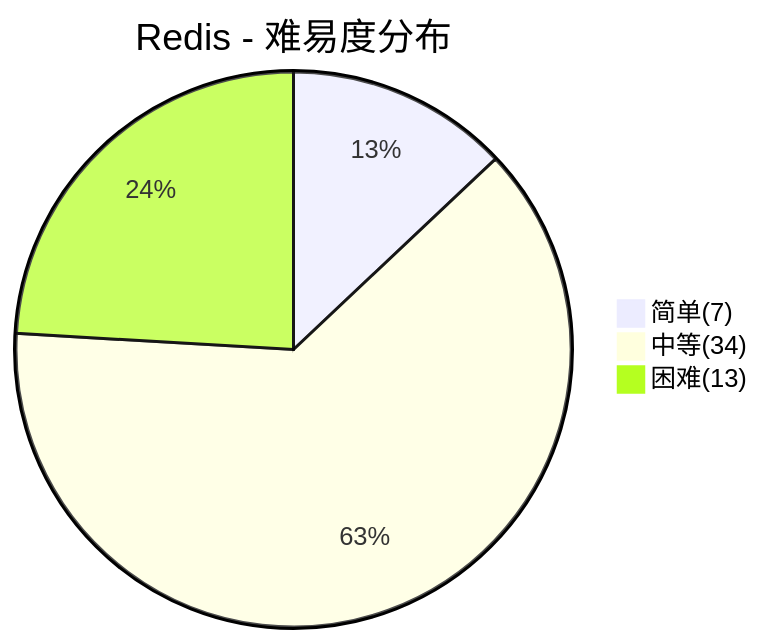
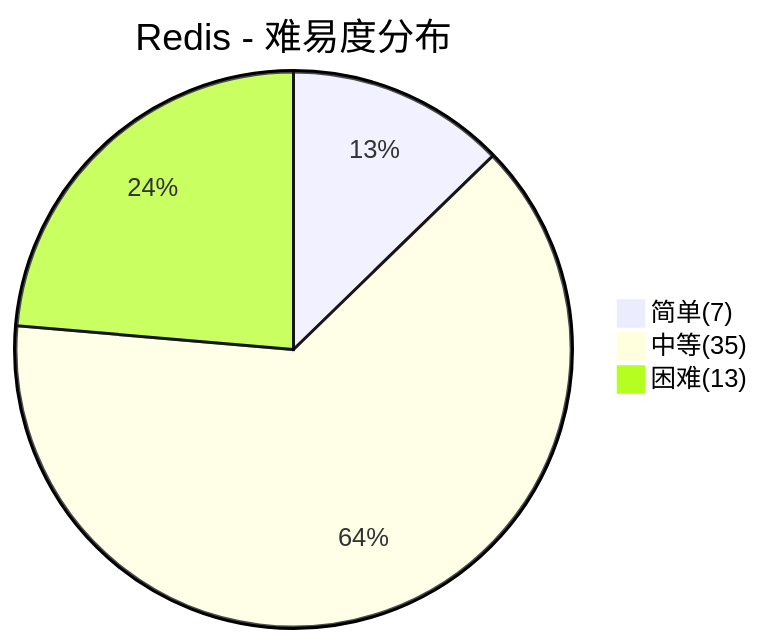
Before and after one commit to dunwu/waterdrop: the second of 6 diagrams in docs/99.面试/数据库面试.md, drawn with Mermaid. The commit also changed other lines of this file and 73 other files, not shown here.

````diff
--- a/docs/99.面试/数据库面试.md
+++ b/docs/99.面试/数据库面试.md
@@ -143,6 +146,6 @@
 ```mermaid
 pie title Redis - 难易度分布
     "简单(7)" : 7
-    "中等(34)" : 34
+    "中等(35)" : 35
     "困难(13)" : 13
 ```
````
